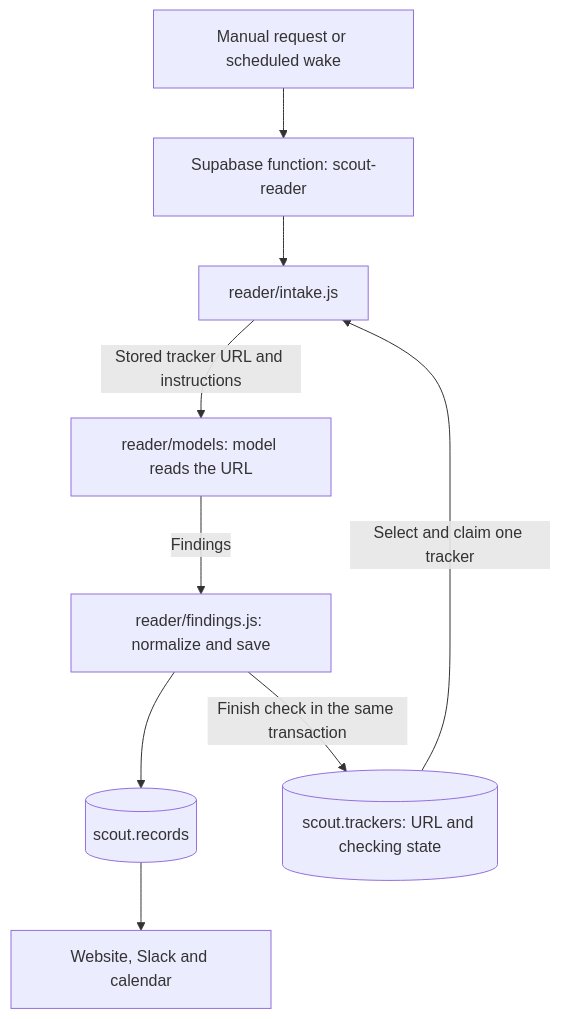
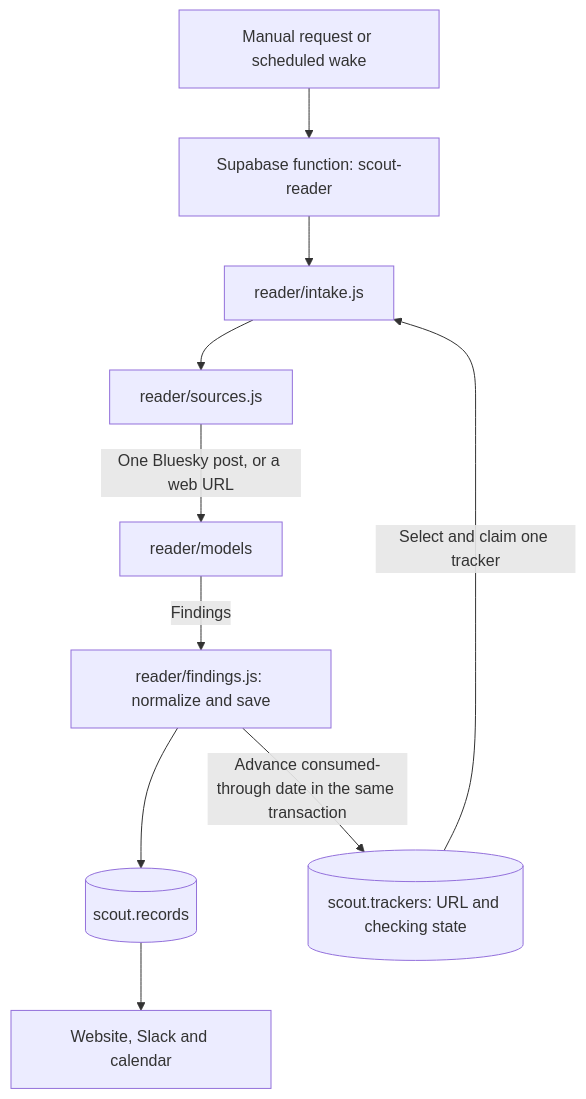
Before and after one commit to oceanagentics/scout: the diagram in docs/architecture.md, drawn with Mermaid. The commit also changed other lines of this file and 14 other files, not shown here.

Commit message:
Consume Bluesky posts using date checkpoints

````diff
--- a/docs/architecture.md
+++ b/docs/architecture.md
@@ -7,11 +7,12 @@
 ```mermaid
 flowchart TD
   start[Manual request or scheduled wake] --> endpoint[Supabase function: scout-reader]
   endpoint --> intake[reader/intake.js]
   trackers[(scout.trackers: URL and checking state)] -->|Select and claim one tracker| intake
-  intake -->|Stored tracker URL and instructions| model[reader/models: model reads the URL]
+  intake --> source[reader/sources.js]
+  source -->|One Bluesky post, or a web URL| model[reader/models]
   model -->|Findings| save[reader/findings.js: normalize and save]
   save --> records[(scout.records)]
-  save -->|Finish check in the same transaction| trackers
+  save -->|Advance consumed-through date in the same transaction| trackers
   records --> output[Website, Slack and calendar]
 ```
````
